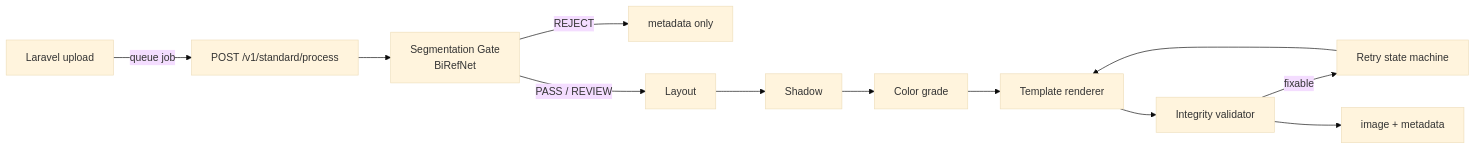
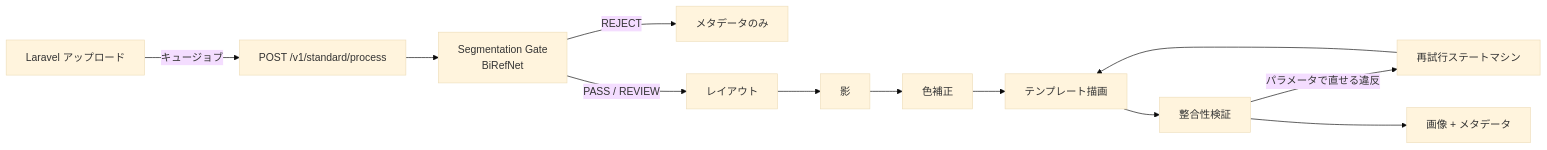
The diagram in README.md (doromi22/menu-ai-service), drawn with Mermaid (base theme) before and after one commit. The commit also changed other lines of this file and 1 other file, not shown here.

````diff
--- a/README.md
+++ b/README.md
@@ -27,10 +19,10 @@
 ```mermaid
 flowchart LR
-    U[Laravel upload] -->|queue job| API[POST /v1/standard/process]
+    U[Laravel アップロード] -->|キュージョブ| API[POST /v1/standard/process]
     API --> G[Segmentation Gate<br/>BiRefNet]
-    G -->|REJECT| M[metadata only]
-    G -->|PASS / REVIEW| L[Layout] --> S[Shadow] --> C[Color grade] --> R[Template renderer]
-    R --> V[Integrity validator]
-    V -->|fixable| RT[Retry state machine] --> R
-    V --> O[image + metadata]
+    G -->|REJECT| M[メタデータのみ]
+    G -->|PASS / REVIEW| L[レイアウト] --> S[影] --> C[色補正] --> R[テンプレート描画]
+    R --> V[整合性検証]
+    V -->|パラメータで直せる違反| RT[再試行ステートマシン] --> R
+    V --> O[画像 + メタデータ]
 ```
````
